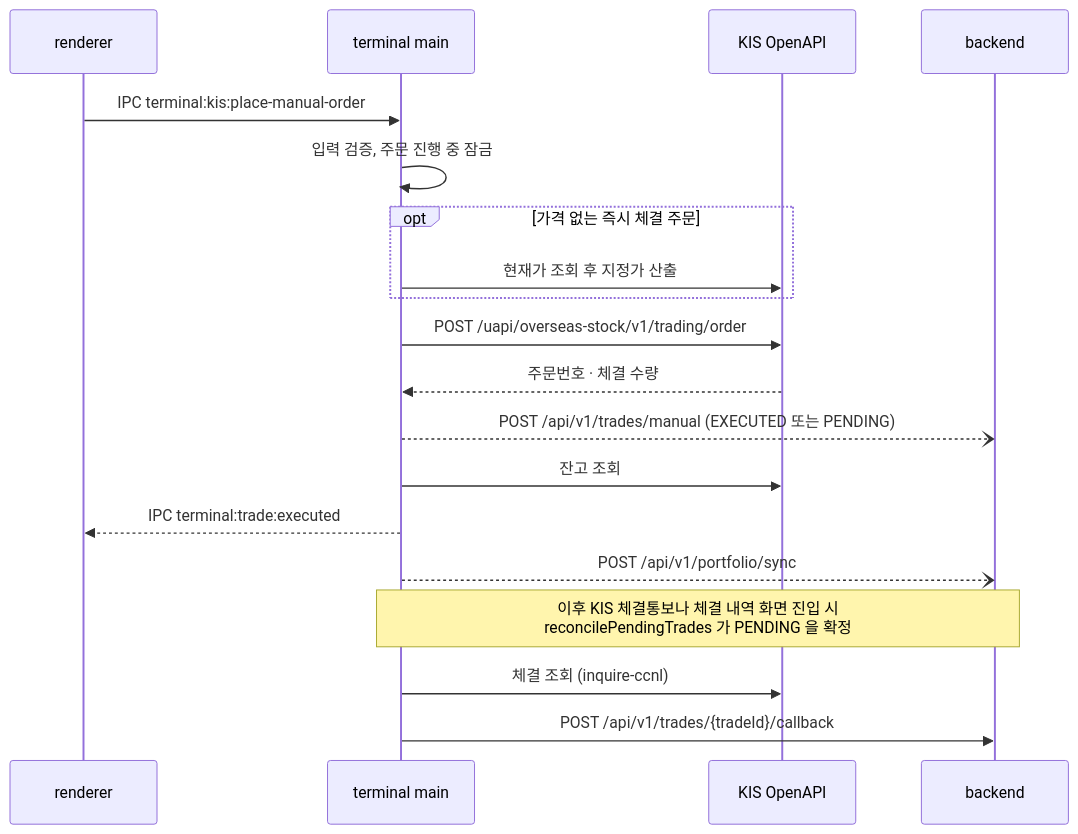
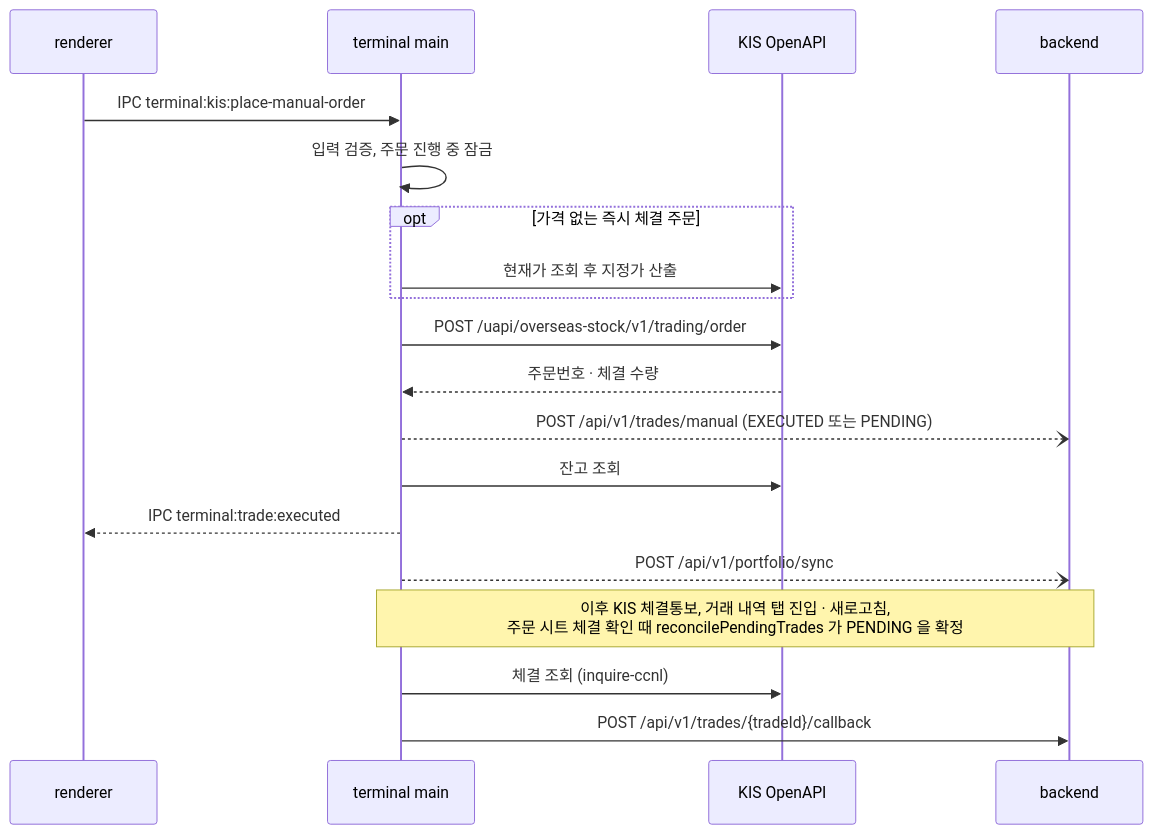
The fourth of 5 diagrams in docs/developer/architecture.md (keonha123/Earning-Whisperer), drawn with Mermaid before and after one commit. The commit also changed other lines of this file and 15 other files, not shown here.

````diff
--- a/docs/developer/architecture.md
+++ b/docs/developer/architecture.md
@@ -296,22 +297,22 @@
 ```mermaid
 sequenceDiagram
     participant R as renderer
     participant M as terminal main
     participant K as KIS OpenAPI
     participant B as backend
 
     R->>M: IPC terminal:kis:place-manual-order
     M->>M: 입력 검증, 주문 진행 중 잠금
     opt 가격 없는 즉시 체결 주문
         M->>K: 현재가 조회 후 지정가 산출
     end
     M->>K: POST /uapi/overseas-stock/v1/trading/order
     K-->>M: 주문번호 · 체결 수량
     M--)B: POST /api/v1/trades/manual (EXECUTED 또는 PENDING)
     M->>K: 잔고 조회
     M-->>R: IPC terminal:trade:executed
     M--)B: POST /api/v1/portfolio/sync
-    Note over M,B: 이후 KIS 체결통보나 체결 내역 화면 진입 시<br/>reconcilePendingTrades 가 PENDING 을 확정
+    Note over M,B: 이후 KIS 체결통보, 거래 내역 탭 진입 · 새로고침,<br/>주문 시트 체결 확인 때 reconcilePendingTrades 가 PENDING 을 확정
     M->>K: 체결 조회 (inquire-ccnl)
     M->>B: POST /api/v1/trades/{tradeId}/callback
 ```
````
